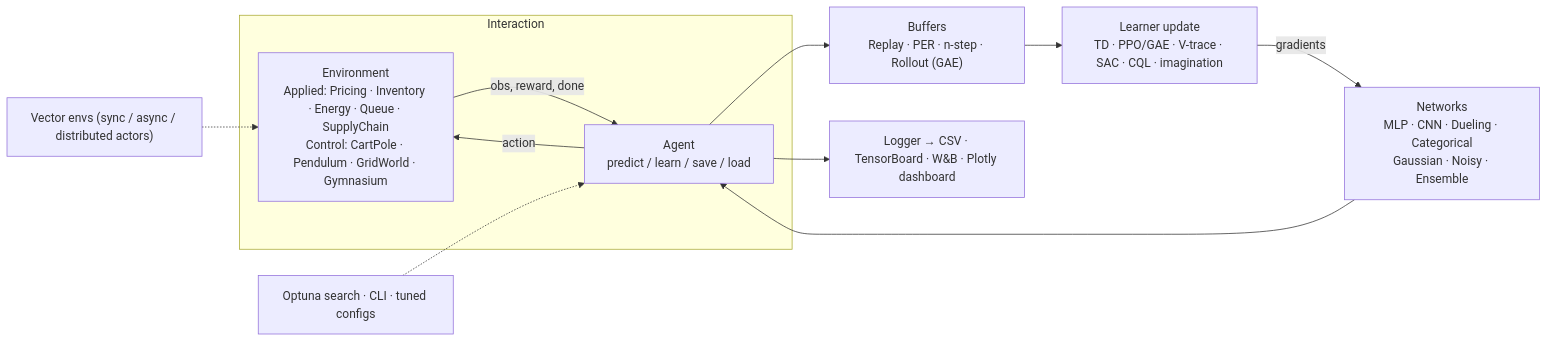
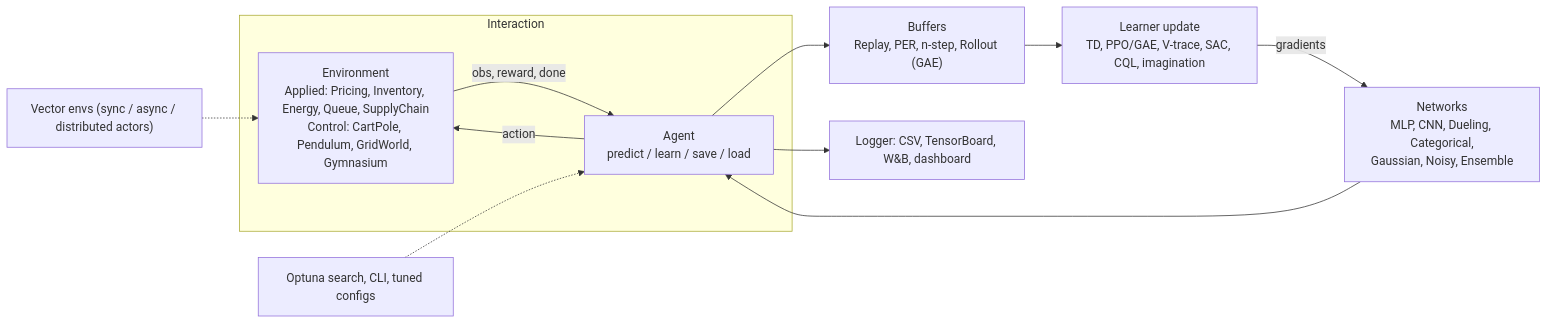
One commit to DenisDrobyshev/decisionrl changed the diagram in README.md. Above: the diagram before and after it, drawn with Mermaid. The commit also changed other lines of this file, not shown here.

````diff
--- a/README.md
+++ b/README.md
@@ -100,17 +202,17 @@
 ```mermaid
 flowchart LR
     subgraph Interaction
-        Env["Environment<br/>Applied: Pricing · Inventory · Energy · Queue · SupplyChain<br/>Control: CartPole · Pendulum · GridWorld · Gymnasium"]
+        Env["Environment<br/>Applied: Pricing, Inventory, Energy, Queue, SupplyChain<br/>Control: CartPole, Pendulum, GridWorld, Gymnasium"]
         Agent["Agent<br/>predict / learn / save / load"]
         Env -- "obs, reward, done" --> Agent
         Agent -- "action" --> Env
     end
-    Agent --> Buf["Buffers<br/>Replay · PER · n-step · Rollout (GAE)"]
-    Net["Networks<br/>MLP · CNN · Dueling · Categorical<br/>Gaussian · Noisy · Ensemble"] --> Agent
-    Buf --> Learn["Learner update<br/>TD · PPO/GAE · V-trace · SAC · CQL · imagination"]
+    Agent --> Buf["Buffers<br/>Replay, PER, n-step, Rollout (GAE)"]
+    Net["Networks<br/>MLP, CNN, Dueling, Categorical,<br/>Gaussian, Noisy, Ensemble"] --> Agent
+    Buf --> Learn["Learner update<br/>TD, PPO/GAE, V-trace, SAC, CQL, imagination"]
     Learn -- "gradients" --> Net
-    Agent --> Log["Logger → CSV · TensorBoard · W&B · Plotly dashboard"]
+    Agent --> Log["Logger: CSV, TensorBoard, W&B, dashboard"]
 
     Vec["Vector envs (sync / async / distributed actors)"] -.-> Env
-    Tune["Optuna search · CLI · tuned configs"] -.-> Agent
+    Tune["Optuna search, CLI, tuned configs"] -.-> Agent
 ```
````
